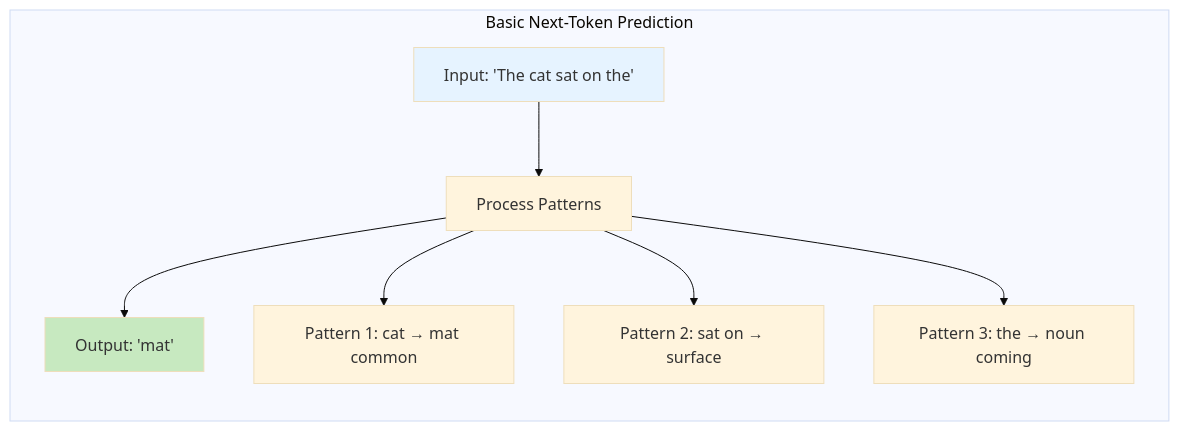
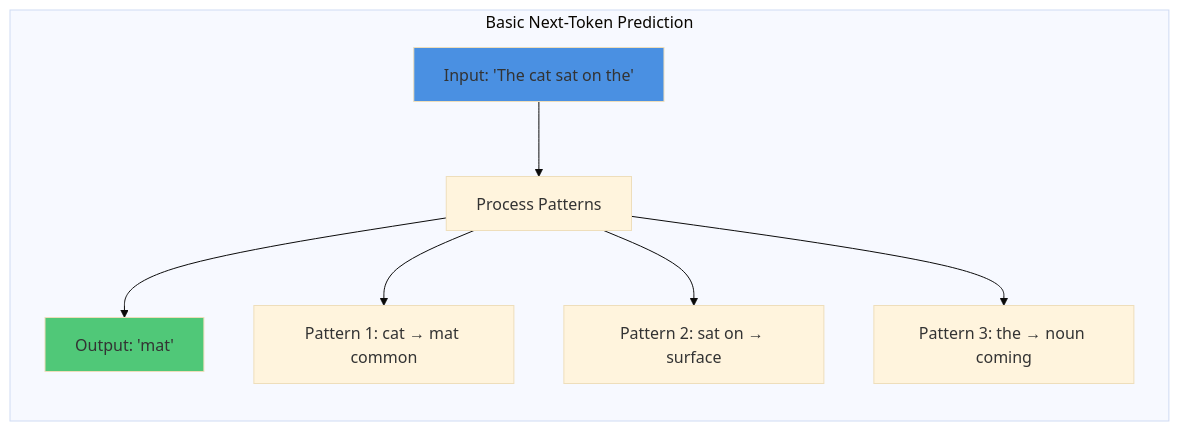
One commit to neonconsultingllc/AI-Research changed the sixth of 40 diagrams in 20251101-arxiv-2510-26745-analysis-and-implications.md. Above: the diagram before and after it, drawn with Mermaid (base theme). The commit also changed other lines of this file, not shown here.

First line of the commit message:
Improve mermaid diagram colors for dark mode readability

````diff
--- a/20251101-arxiv-2510-26745-analysis-and-implications.md
+++ b/20251101-arxiv-2510-26745-analysis-and-implications.md
@@ -857,14 +857,14 @@
 ```mermaid
 graph LR
     subgraph Basic["Basic Next-Token Prediction"]
         I["Input: 'The cat sat on the'"] --> P["Process Patterns"]
         P --> O["Output: 'mat'"]
         
         P --> P1["Pattern 1: cat → mat common"]
         P --> P2["Pattern 2: sat on → surface"]
         P --> P3["Pattern 3: the → noun coming"]
         
-        style I fill:#E6F3FF
-        style O fill:#C7E9C0
+        style I fill:#4A90E2
+        style O fill:#50C878
     end
 ```
````
